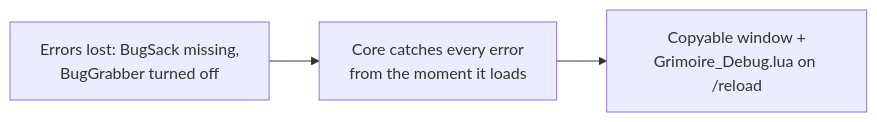
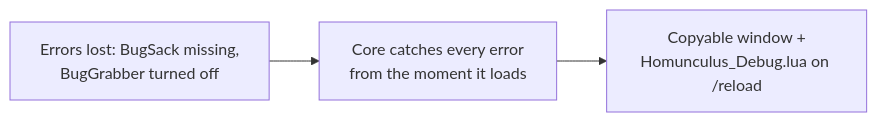
Before and after one commit to PhillypHenning/grimoire: the first of 2 diagrams in docs/features/debug/README.md, drawn with Mermaid. The commit also changed other lines of this file and 178 other files, not shown here.

First line of the commit message:
Rename the suite from Grimoire to Homunculus (ADR 0010)

````diff
--- a/docs/features/debug/README.md
+++ b/docs/features/debug/README.md
@@ -15,4 +15,4 @@
 ```mermaid
 flowchart LR
-    A[Errors lost: BugSack missing,<br/>BugGrabber turned off] --> B[Core catches every error<br/>from the moment it loads] --> C[Copyable window +<br/>Grimoire_Debug.lua on /reload]
+    A[Errors lost: BugSack missing,<br/>BugGrabber turned off] --> B[Core catches every error<br/>from the moment it loads] --> C[Copyable window +<br/>Homunculus_Debug.lua on /reload]
 ```
````
